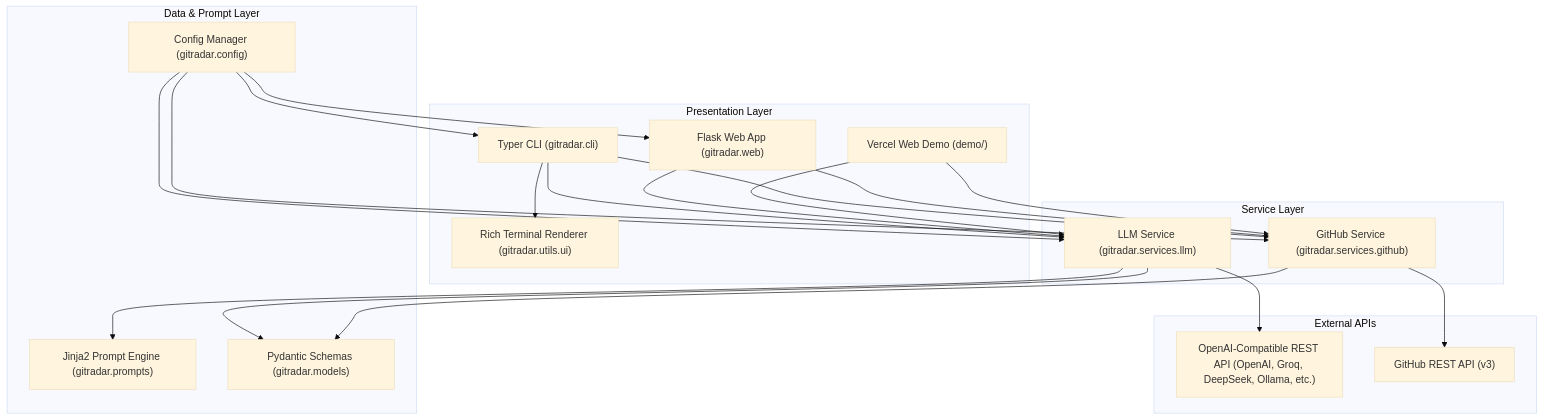
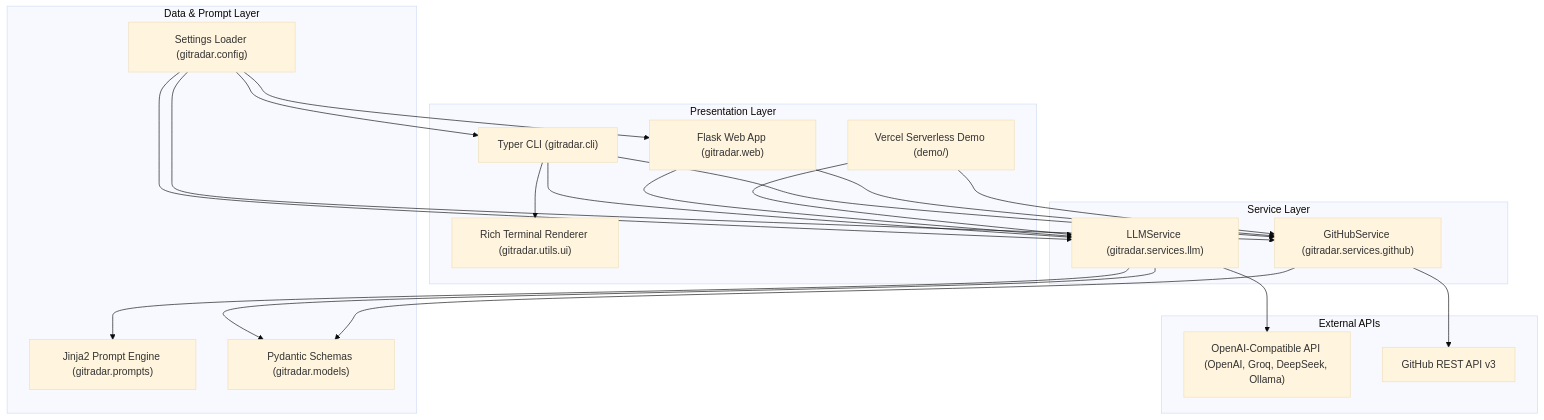
Before and after one commit to AtaCanYmc/GitRadar: the first of 2 diagrams in ARCHITECTURE.md, drawn with Mermaid (base theme). The commit also changed other lines of this file and 23 other files, not shown here.

````diff
--- a/ARCHITECTURE.md
+++ b/ARCHITECTURE.md
@@ -11,47 +19,45 @@
 ```mermaid
-graph TD
+flowchart TD
     subgraph PresentationLayer["Presentation Layer"]
         CLI["Typer CLI (gitradar.cli)"]
         WebUI["Flask Web App (gitradar.web)"]
-        VercelDemo["Vercel Web Demo (demo/)"]
+        VercelDemo["Vercel Serverless Demo (demo/)"]
         RichUI["Rich Terminal Renderer (gitradar.utils.ui)"]
     end
 
     subgraph ServiceLayer["Service Layer"]
-        LLM["LLM Service (gitradar.services.llm)"]
-        GH["GitHub Service (gitradar.services.github)"]
+        LLM["LLMService (gitradar.services.llm)"]
+        GH["GitHubService (gitradar.services.github)"]
     end
 
     subgraph DataLayer["Data & Prompt Layer"]
         Prompts["Jinja2 Prompt Engine (gitradar.prompts)"]
         Models["Pydantic Schemas (gitradar.models)"]
-        Config["Config Manager (gitradar.config)"]
+        Config["Settings Loader (gitradar.config)"]
     end
 
     subgraph ExternalAPIs["External APIs"]
-        AIAPI["OpenAI-Compatible REST API (OpenAI, Groq, DeepSeek, Ollama, etc.)"]
-        GitHubAPI["GitHub REST API (v3)"]
+        AIAPI["OpenAI-Compatible API (OpenAI, Groq, DeepSeek, Ollama)"]
+        GitHubAPI["GitHub REST API v3"]
     end
 
     CLI --> LLM
     CLI --> GH
     CLI --> RichUI
-    
     WebUI --> LLM
     WebUI --> GH
-
     VercelDemo --> LLM
     VercelDemo --> GH
 
     LLM --> Prompts
     LLM --> AIAPI
     LLM --> Models
 
     GH --> GitHubAPI
     GH --> Models
 
     Config --> CLI
     Config --> WebUI
     Config --> LLM
     Config --> GH
 ```
````
